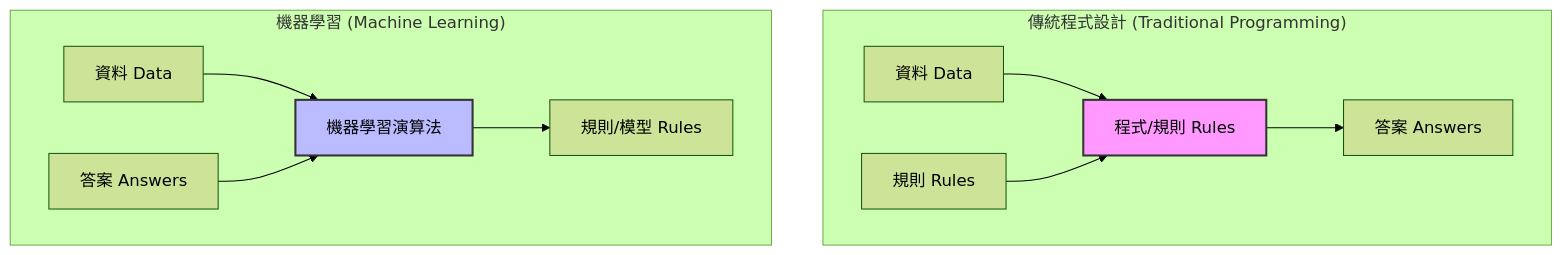
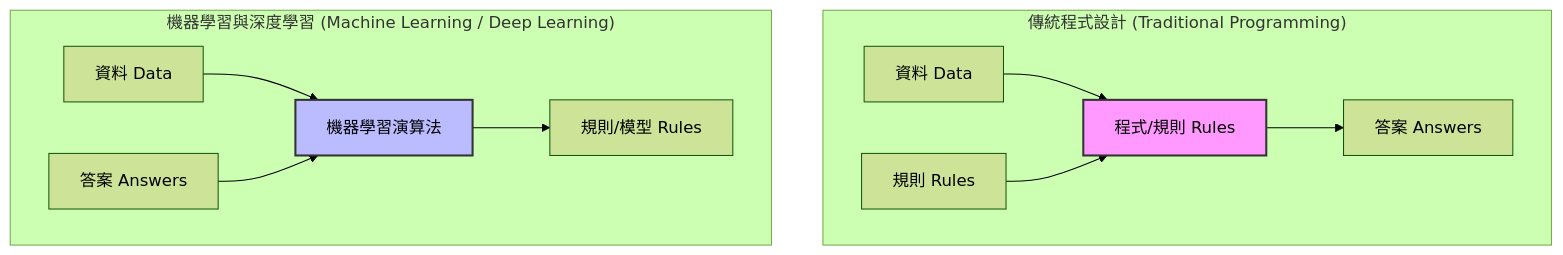
The diagram in README.md (jingyuan0712/MachineLearning_practice), drawn with Mermaid (forest theme) before and after one commit. The commit also changed other lines of this file, not shown here.

````diff
--- a/README.md
+++ b/README.md
@@ -22,17 +25,17 @@
 ```mermaid
 graph TD
     subgraph id1 ["傳統程式設計 (Traditional Programming)"]
         A["資料 Data"] --> C["程式/規則 Rules"]
         B["規則 Rules"] --> C
         C --> D["答案 Answers"]
     end
 
-    subgraph id2 ["機器學習 (Machine Learning)"]
+    subgraph id2 ["機器學習與深度學習 (Machine Learning / Deep Learning)"]
         E["資料 Data"] --> G["機器學習演算法"]
         F["答案 Answers"] --> G
         G --> H["規則/模型 Rules"]
     end
     
     style C fill:#f9f,stroke:#333,stroke-width:2px
     style G fill:#bbf,stroke:#333,stroke-width:2px
 ```
````
